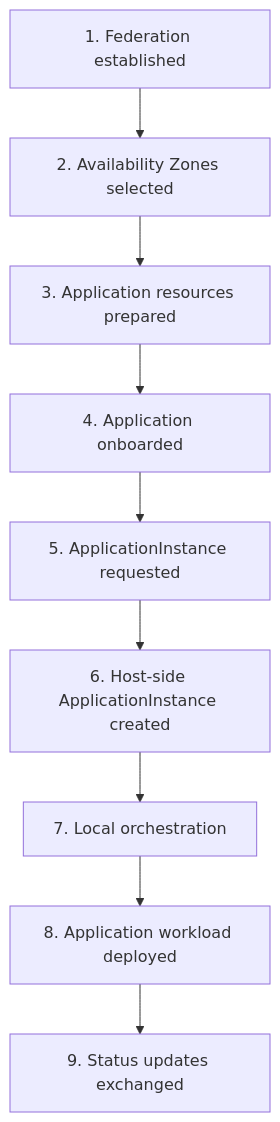
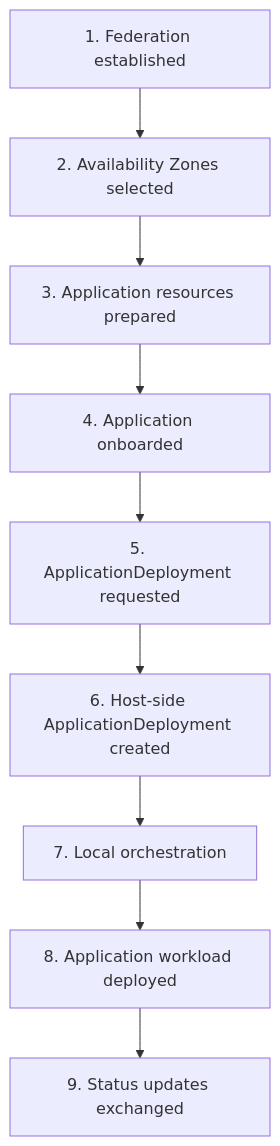
Before and after one commit to neonephos-katalis/opg-ewbi-documentation: diagram 14 of 14 in docs/federation.md, drawn with Mermaid. The commit also changed other lines of this file and 2 other files, not shown here.

````diff
--- a/docs/federation.md
+++ b/docs/federation.md
@@ -498,21 +450,21 @@
 ```mermaid
 flowchart TD
     F["1. Federation established"]
     AZ["2. Availability Zones selected"]
     R["3. Application resources prepared"]
     A["4. Application onboarded"]
-    D["5. ApplicationInstance requested"]
-    H["6. Host-side ApplicationInstance created"]
+    D["5. ApplicationDeployment requested"]
+    H["6. Host-side ApplicationDeployment created"]
     O["7. Local orchestration"]
     W["8. Application workload deployed"]
     S["9. Status updates exchanged"]
 
     F --> AZ
     AZ --> R
     R --> A
     A --> D
     D --> H
     H --> O
     O --> W
     W --> S
 ```
````
